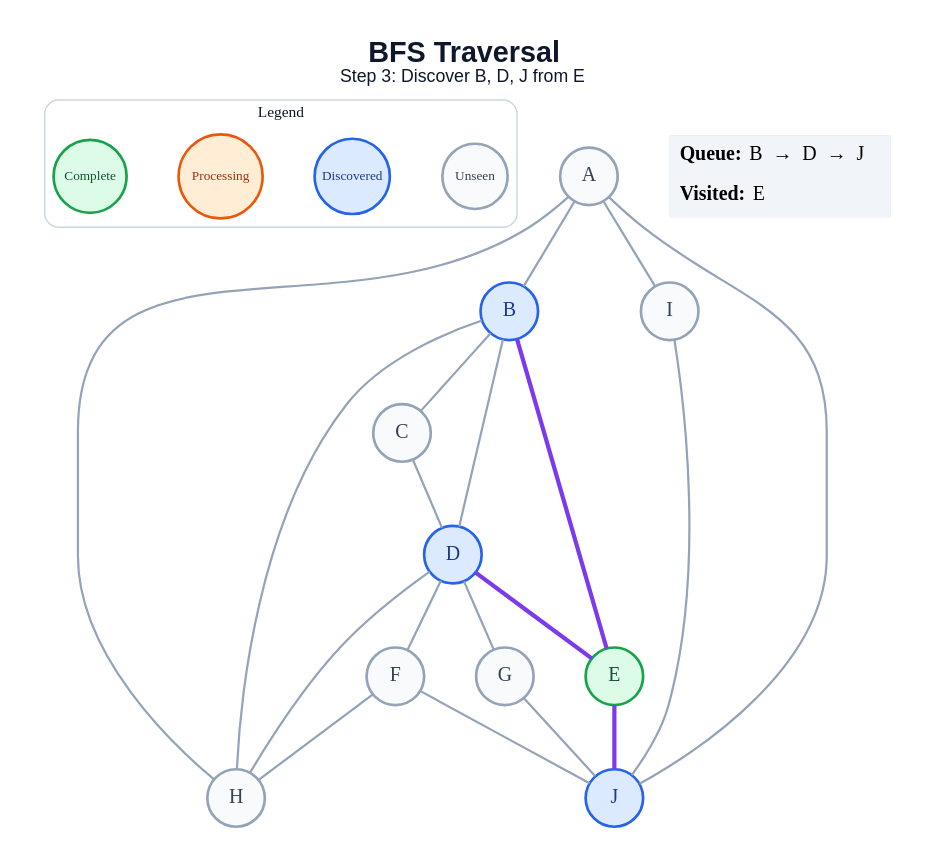
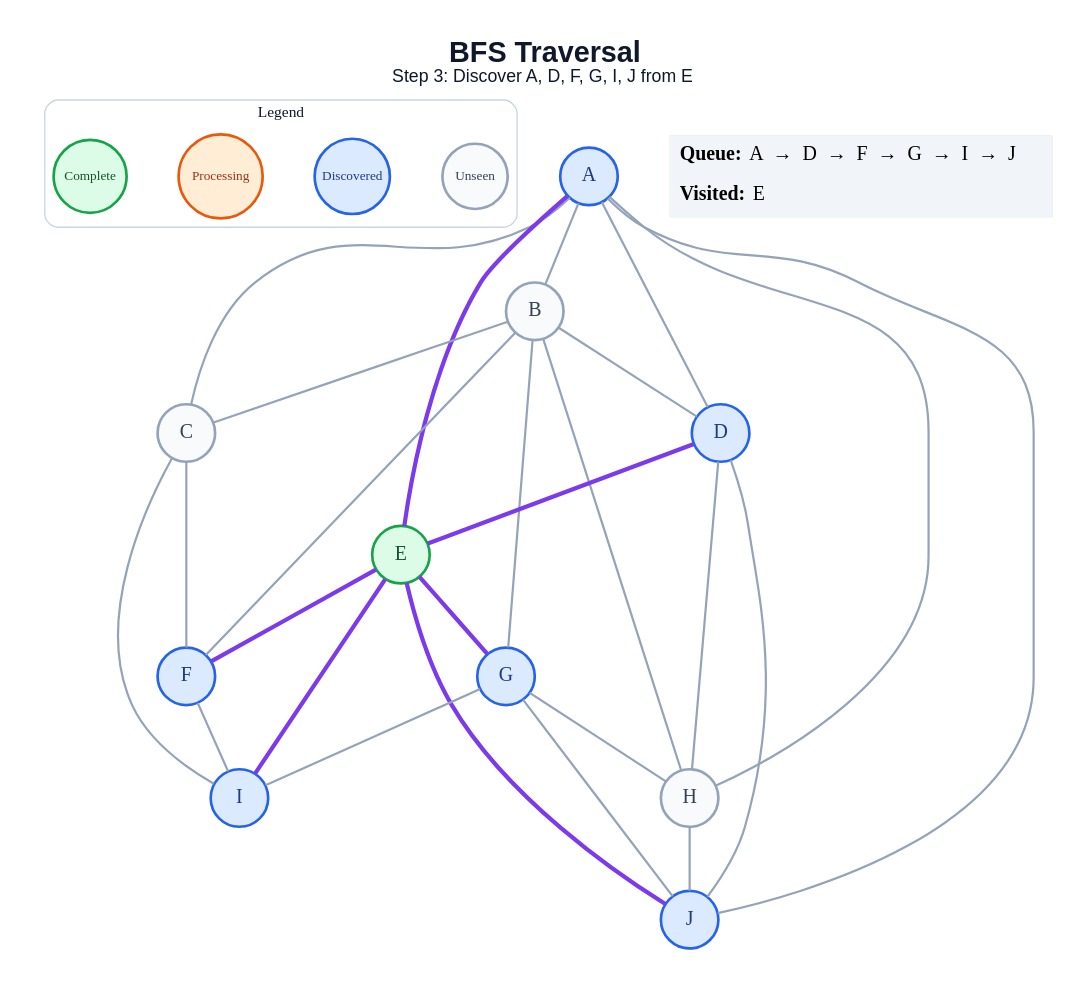
Before and after one commit to anon7238593-create/ai-slop: the diagram in generated/specific-node/bfs/step_03.dot, drawn with Graphviz. The commit also changed 178 other files, not shown here.

```diff
--- a/generated/specific-node/bfs/step_03.dot
+++ b/generated/specific-node/bfs/step_03.dot
@@ -1,47 +1,54 @@
 graph traversal {
   graph [layout=dot, rankdir=TB, bgcolor="#FFFFFF", pad="0.35", nodesep="0.65", ranksep="0.8", fontname="Arial"];
   node [shape=circle, style="filled", fontname="Arial Bold", fontsize=18, width=0.72, fixedsize=true, penwidth=2.4];
   edge [color="#94A3B8", penwidth=2.0];
-  label=<<B>BFS Traversal</B><BR/><FONT POINT-SIZE="16">Step 3: Discover B, D, J from E</FONT>>; labelloc="t"; fontsize=26; fontname="Arial"; fontcolor="#0F172A";
+  label=<<B>BFS Traversal</B><BR/><FONT POINT-SIZE="16">Step 3: Discover A, D, F, G, I, J from E</FONT>>; labelloc="t"; fontsize=26; fontname="Arial"; fontcolor="#0F172A";
   subgraph cluster_legend { label="Legend"; color="#CBD5E1"; penwidth=1.2; style="rounded"; fontsize=14; fontname="Arial Bold";
     key_unseen [label="Unseen", fillcolor="#F8FAFC", color="#94A3B8", fontcolor="#334155", fontsize=12, width=0.82];
     key_frontier [label="Discovered", fillcolor="#DBEAFE", color="#2563EB", fontcolor="#1E3A8A", fontsize=12, width=0.95];
     key_current [label="Processing", fillcolor="#FFEDD5", color="#EA580C", fontcolor="#9A3412", fontsize=12, width=1.05];
     key_done [label="Complete", fillcolor="#DCFCE7", color="#16A34A", fontcolor="#14532D", fontsize=12, width=0.92];
     { rank=same; key_unseen; key_frontier; key_current; key_done; }
   }
-  A [fillcolor="#F8FAFC", color="#94A3B8", fontcolor="#334155"];
-  B [fillcolor="#DBEAFE", color="#2563EB", fontcolor="#1E3A8A"];
+  A [fillcolor="#DBEAFE", color="#2563EB", fontcolor="#1E3A8A"];
+  B [fillcolor="#F8FAFC", color="#94A3B8", fontcolor="#334155"];
   C [fillcolor="#F8FAFC", color="#94A3B8", fontcolor="#334155"];
   D [fillcolor="#DBEAFE", color="#2563EB", fontcolor="#1E3A8A"];
   E [fillcolor="#DCFCE7", color="#16A34A", fontcolor="#14532D"];
-  F [fillcolor="#F8FAFC", color="#94A3B8", fontcolor="#334155"];
-  G [fillcolor="#F8FAFC", color="#94A3B8", fontcolor="#334155"];
+  F [fillcolor="#DBEAFE", color="#2563EB", fontcolor="#1E3A8A"];
+  G [fillcolor="#DBEAFE", color="#2563EB", fontcolor="#1E3A8A"];
   H [fillcolor="#F8FAFC", color="#94A3B8", fontcolor="#334155"];
-  I [fillcolor="#F8FAFC", color="#94A3B8", fontcolor="#334155"];
+  I [fillcolor="#DBEAFE", color="#2563EB", fontcolor="#1E3A8A"];
   J [fillcolor="#DBEAFE", color="#2563EB", fontcolor="#1E3A8A"];
   A -- B;
+  A -- C;
+  A -- D;
+  A -- E [color="#7C3AED", penwidth=3.8];
   A -- H;
-  A -- I;
   A -- J;
   B -- C;
   B -- D;
-  B -- E [color="#7C3AED", penwidth=3.8];
+  B -- F;
+  B -- G;
   B -- H;
-  C -- D;
+  C -- F;
+  C -- I;
   D -- E [color="#7C3AED", penwidth=3.8];
-  D -- F;
-  D -- G;
   D -- H;
+  D -- J;
+  E -- F [color="#7C3AED", penwidth=3.8];
+  E -- G [color="#7C3AED", penwidth=3.8];
+  E -- I [color="#7C3AED", penwidth=3.8];
   E -- J [color="#7C3AED", penwidth=3.8];
-  F -- H;
-  F -- J;
+  F -- I;
+  G -- H;
+  G -- I;
   G -- J;
-  I -- J;
+  H -- J;
   status [shape=plain, fixedsize=false, width=0, height=0, margin=0, label=<
     <TABLE BORDER="0" CELLBORDER="0" CELLPADDING="7" BGCOLOR="#F1F5F9">
-      <TR><TD ALIGN="LEFT"><B>Queue:</B> B  →  D  →  J</TD></TR>
+      <TR><TD ALIGN="LEFT"><B>Queue:</B> A  →  D  →  F  →  G  →  I  →  J</TD></TR>
       <TR><TD ALIGN="LEFT"><B>Visited:</B> E</TD></TR>
     </TABLE>
   >];
 }
```
